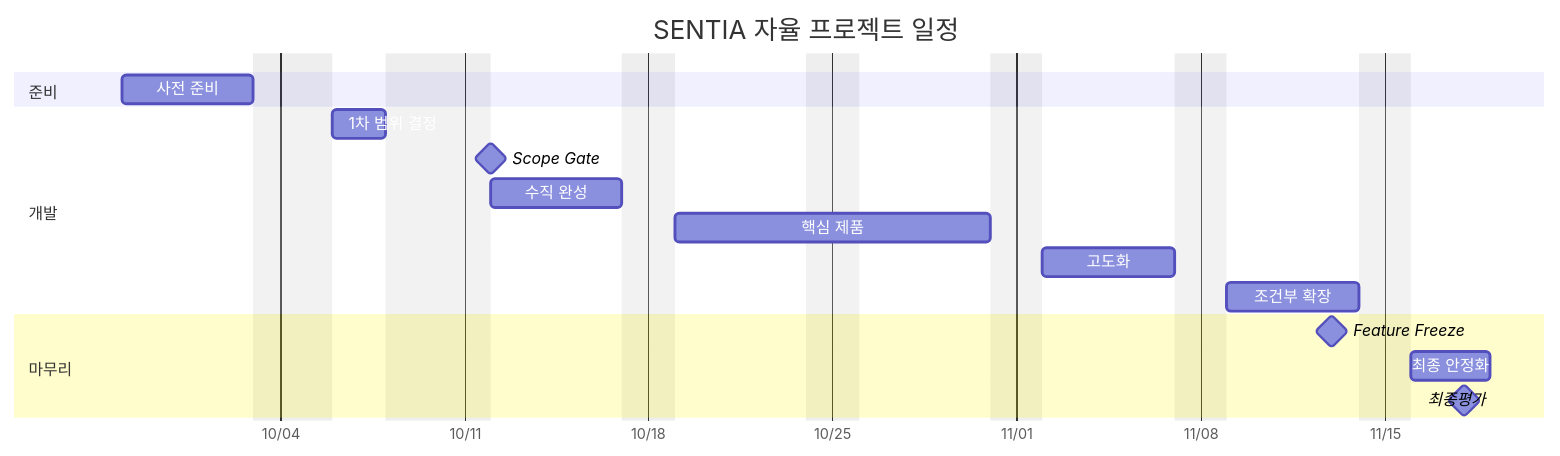
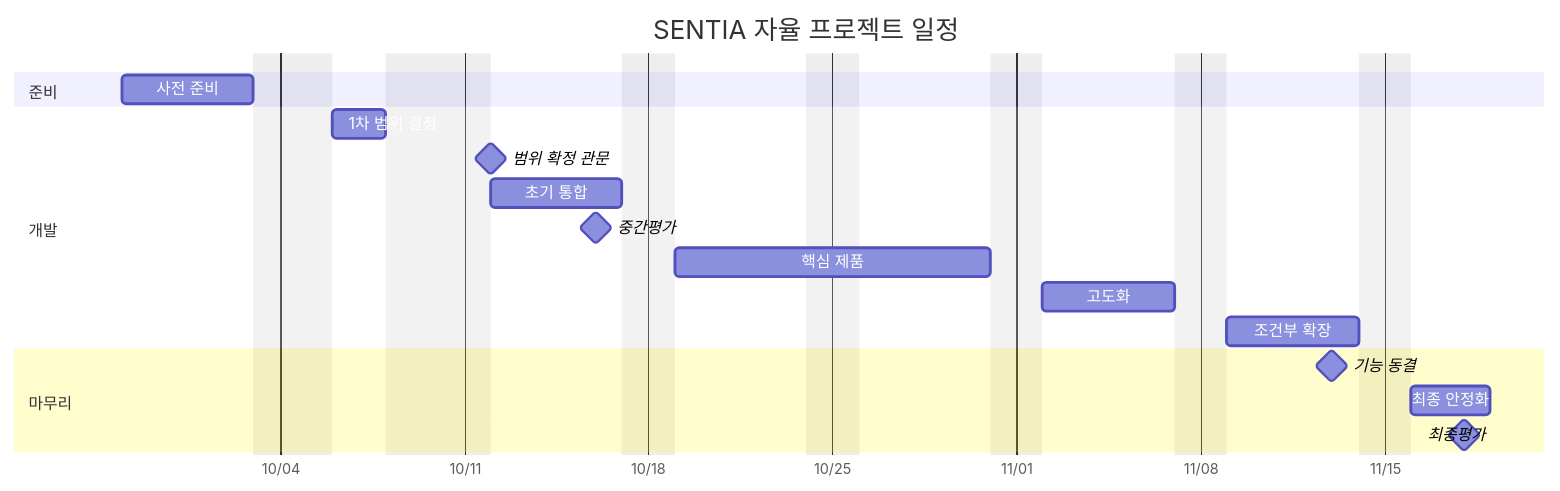
The diagram in docs/04-scope-and-plan.md (colosair/sentia-planning), drawn with Mermaid before and after one commit. The commit also changed other lines of this file and 3 other files, not shown here.

First line of the commit message:
docs: rewrite core docs in plain Korean with Mermaid diagrams

````diff
--- a/docs/04-scope-and-plan.md
+++ b/docs/04-scope-and-plan.md
@@ -359,23 +247,21 @@
-~~~mermaid
+```mermaid
 gantt
     title SENTIA 자율 프로젝트 일정
     dateFormat YYYY-MM-DD
     axisFormat %m/%d
     excludes weekends, 2026-10-05, 2026-10-08, 2026-10-09
-
     section 준비
     사전 준비          :prep, 2026-09-28, 5d
-
     section 개발
     1차 범위 결정      :scope, 2026-10-06, 2d
-    Scope Gate         :milestone, sg, 2026-10-12, 0d
-    수직 완성          :slice, 2026-10-12, 5d
+    범위 확정 관문     :milestone, sg, 2026-10-12, 0d
+    초기 통합          :slice, 2026-10-12, 5d
+    중간평가           :milestone, mid, 2026-10-16, 0d
     핵심 제품          :core, 2026-10-19, 10d
     고도화             :adv, 2026-11-02, 5d
     조건부 확장        :ext, 2026-11-09, 5d
-
     section 마무리
-    Feature Freeze     :milestone, ff, 2026-11-13, 0d
+    기능 동결          :milestone, ff, 2026-11-13, 0d
     최종 안정화        :stab, 2026-11-16, 3d
     최종평가           :milestone, final, 2026-11-18, 0d
-~~~
+```
````
